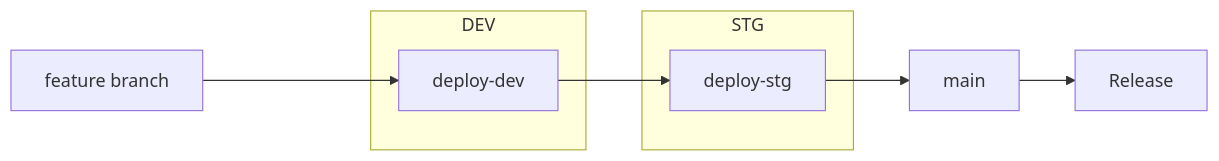
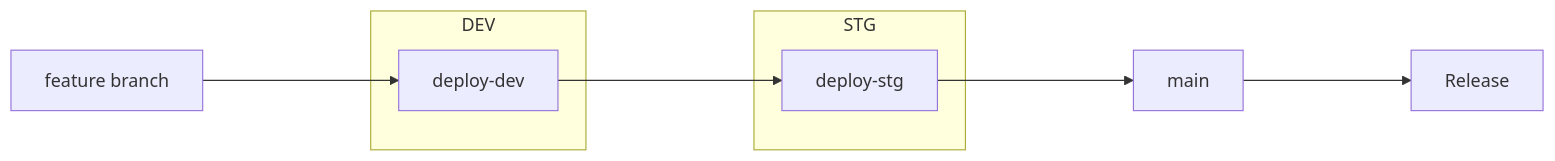
One commit to fritzramos-gf/Workflows changed the diagram in Gates-Workflow.md. Above: the diagram before and after it, drawn with Mermaid.

````diff
--- a/Gates-Workflow.md
+++ b/Gates-Workflow.md
@@ -1,23 +1,23 @@
 ```mermaid
 flowchart LR
     A[feature branch] ----> B
     subgraph DEV
         B[deploy-dev]
     end
-    B --> C
+    B ----> C
     subgraph STG
         C[deploy-stg]
     end
     
-    C --> D[main] 
-    D --> E[Release]
+    C ----> D[main] 
+    D ----> E[Release]
 
 
 
 
 
 
 
 
 
 ```
````
